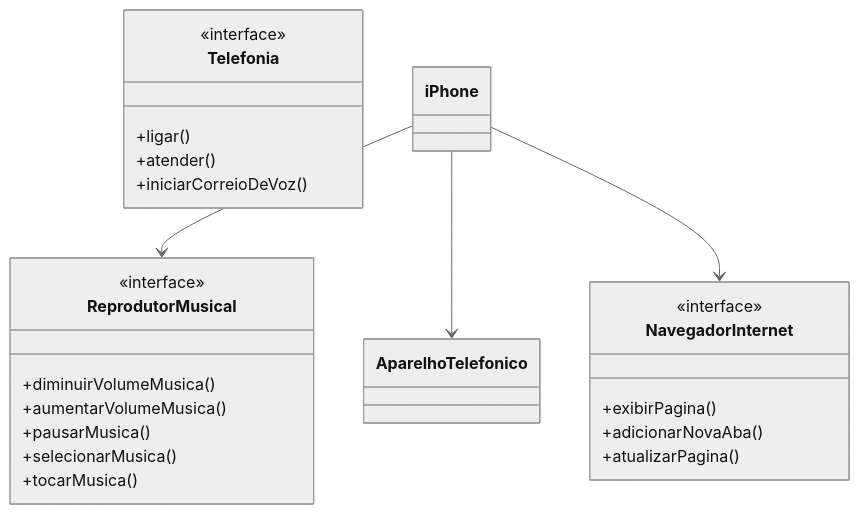
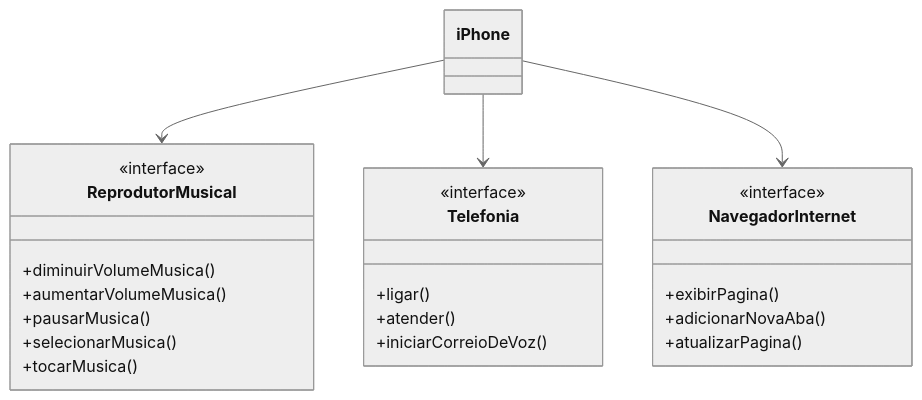
One commit to WitorDias/dio-trilha-java-desafio-uml changed the diagram in README.md. Above: the diagram before and after it, drawn with Mermaid (neutral theme).

Commit message:
Update README.md
correções no diagrama

````diff
--- a/README.md
+++ b/README.md
@@ -4,38 +4,38 @@
 ```mermaid
 classDiagram
     class ReprodutorMusical {
         +diminuirVolumeMusica()
         +aumentarVolumeMusica()
         +pausarMusica()
         +selecionarMusica()
         +tocarMusica()
     }
 
     class Telefonia {
         +ligar()
         +atender()
         +iniciarCorreioDeVoz()
     }
 
     class NavegadorInternet {
         +exibirPagina()
         +adicionarNovaAba()
         +atualizarPagina()
     }
 
     class iPhone {
     }
 
     iPhone --> ReprodutorMusical
-    iPhone --> AparelhoTelefonico
+    iPhone --> Telefonia
     iPhone --> NavegadorInternet
 
 class ReprodutorMusical
 <<interface>> ReprodutorMusical
 
 class Telefonia
 <<interface>> Telefonia
 
 class NavegadorInternet
 <<interface>> NavegadorInternet
 ```
````
